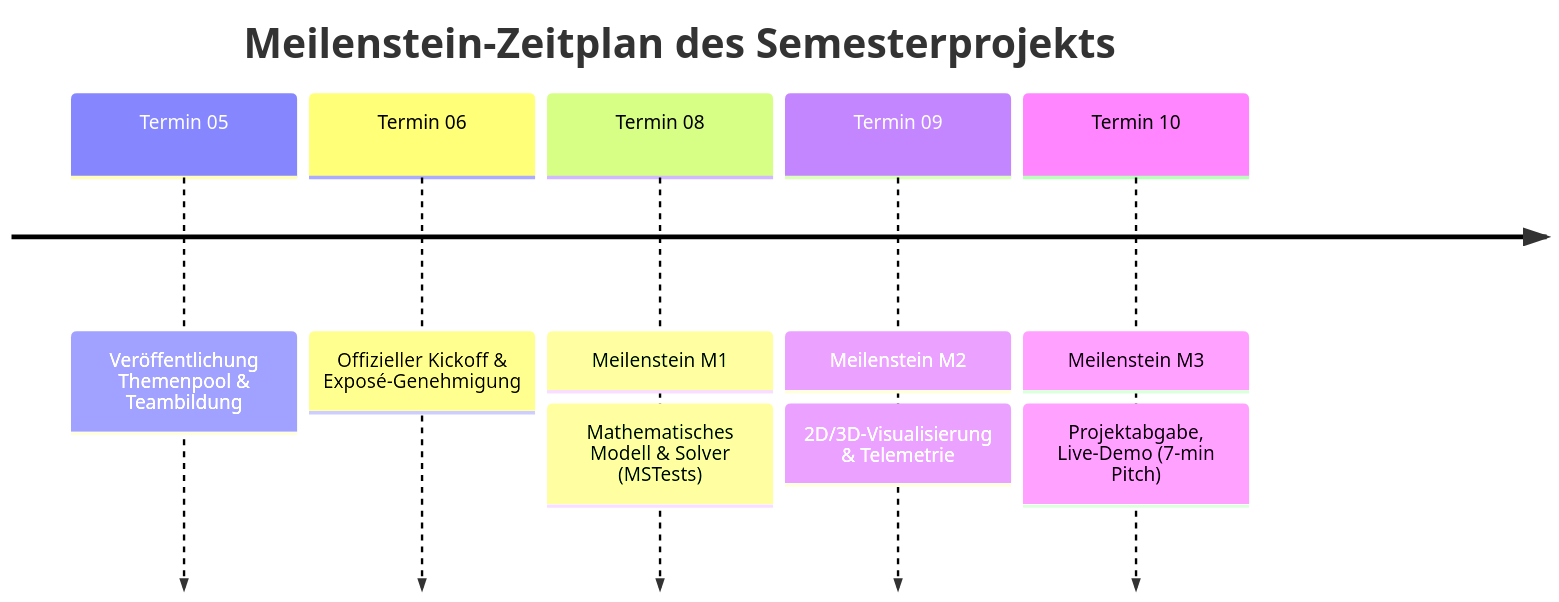
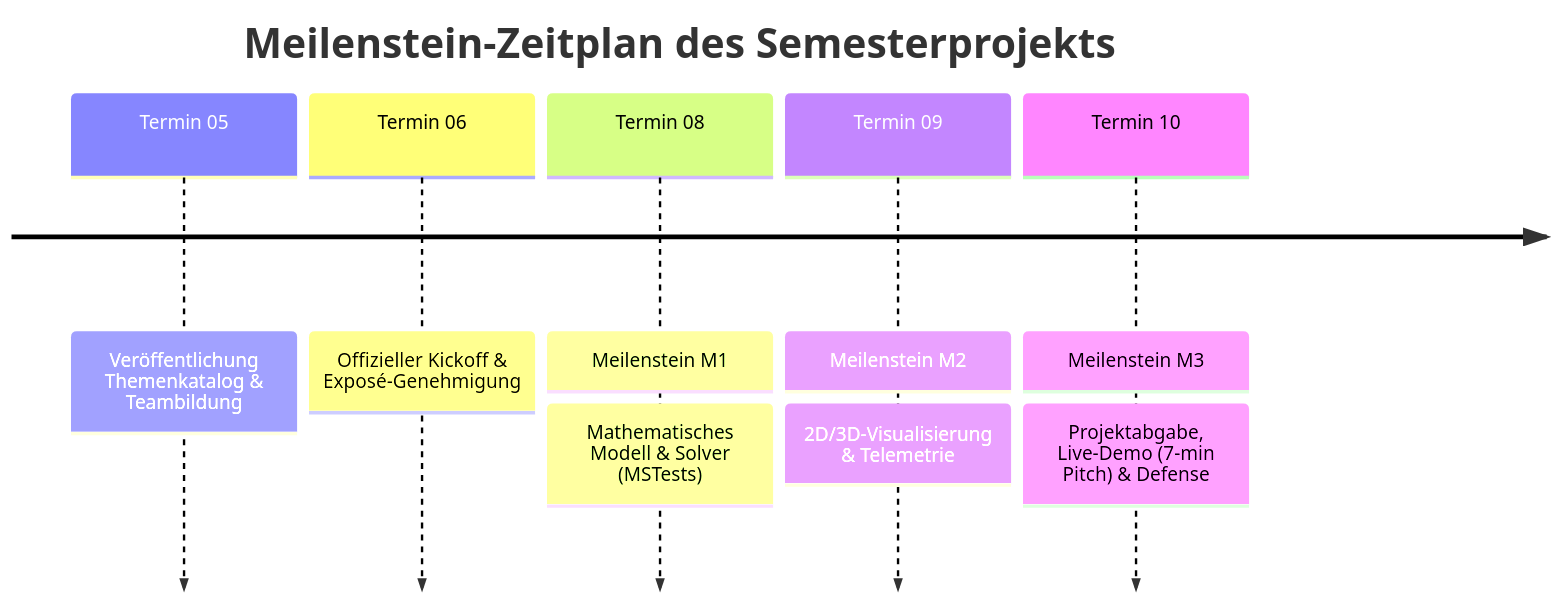
The fourth of 4 diagrams in Konzept/01_Lehrveranstaltungsstruktur_und_Syllabus.md (ghackenberg/kurs-computer-simulation), drawn with Mermaid before and after one commit. The commit also changed other lines of this file and 2 other files, not shown here.

````diff
--- a/Konzept/01_Lehrveranstaltungsstruktur_und_Syllabus.md
+++ b/Konzept/01_Lehrveranstaltungsstruktur_und_Syllabus.md
@@ -472,9 +636,9 @@
 ```mermaid
 timeline
     title Meilenstein-Zeitplan des Semesterprojekts
-    Termin 05 : Veröffentlichung Themenpool & Teambildung
+    Termin 05 : Veröffentlichung Themenkatalog & Teambildung
     Termin 06 : Offizieller Kickoff & Exposé-Genehmigung
     Termin 08 : Meilenstein M1: Mathematisches Modell & Solver (MSTests)
     Termin 09 : Meilenstein M2: 2D/3D-Visualisierung & Telemetrie
-    Termin 10 : Meilenstein M3: Projektabgabe, Live-Demo (7-min Pitch)
+    Termin 10 : Meilenstein M3: Projektabgabe, Live-Demo (7-min Pitch) & Defense
 ```
````
